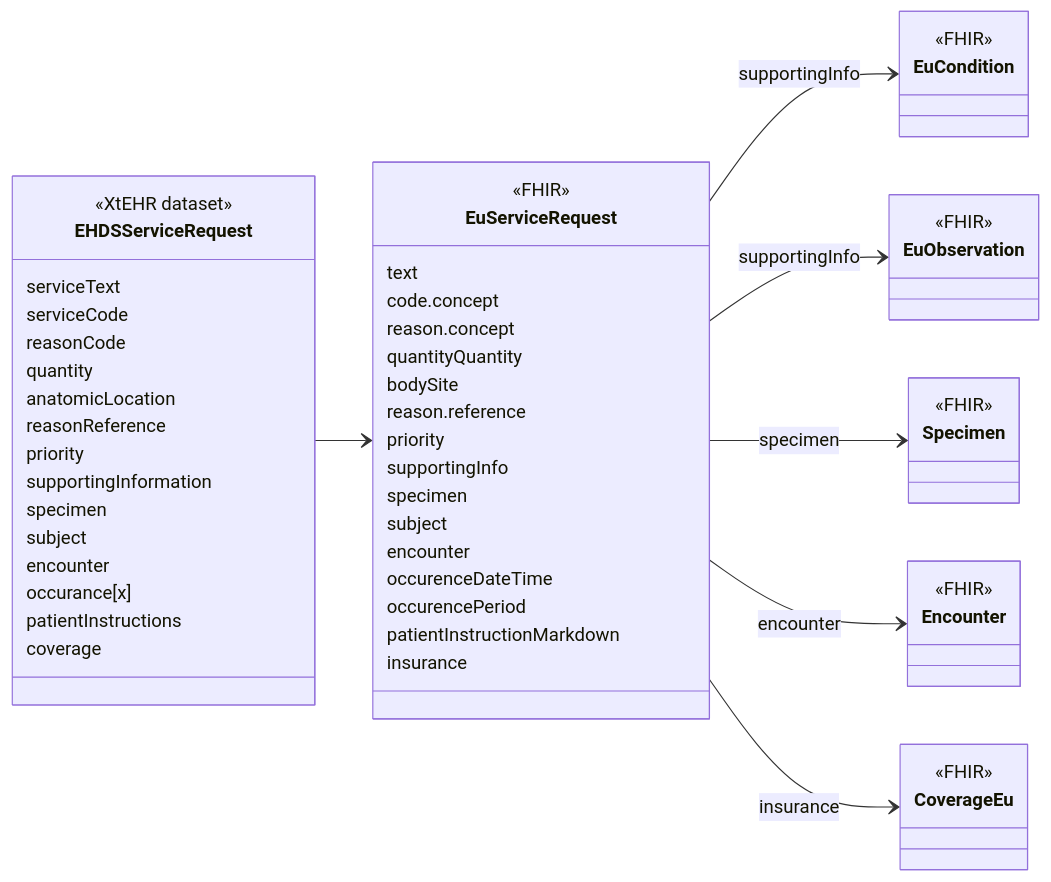
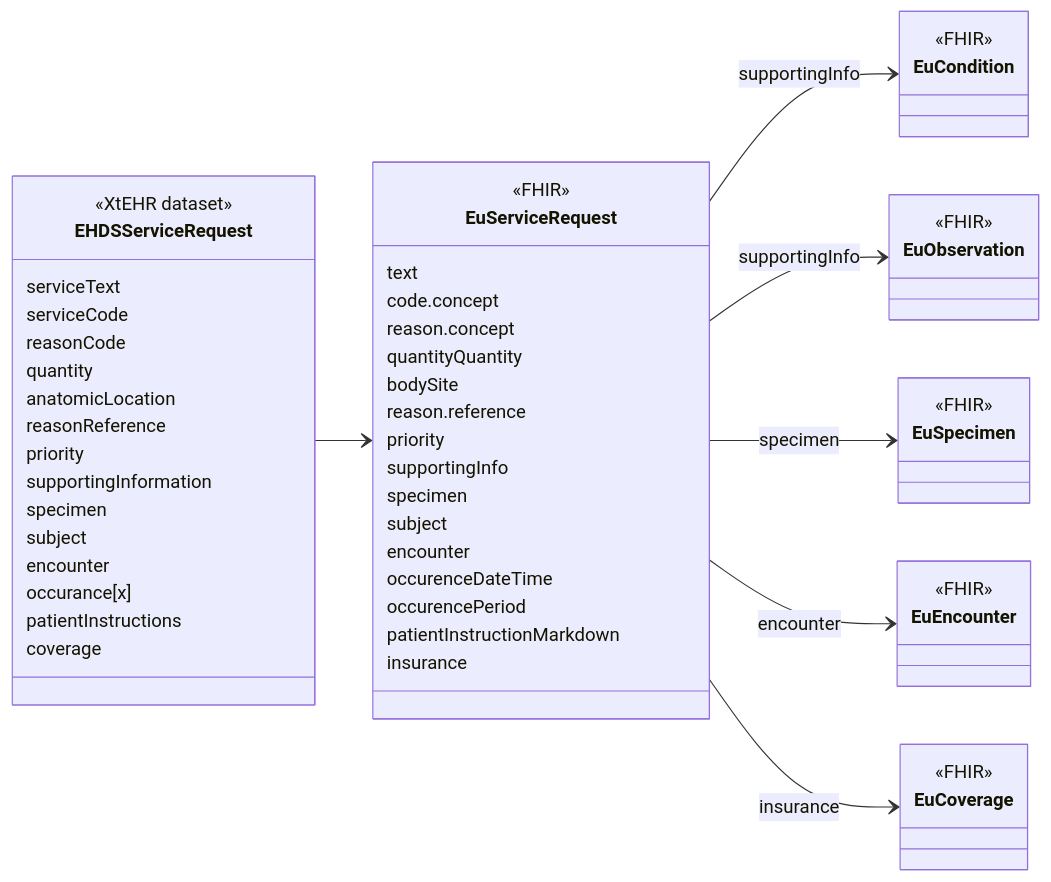
The diagram in input/intro-notes/ConceptMap-EHDSServiceRequestMap-intro.md (oijauregui/ehdsimaging), drawn with Mermaid before and after one commit. The commit also changed 25 other files, not shown here.

````diff
--- a/input/intro-notes/ConceptMap-EHDSServiceRequestMap-intro.md
+++ b/input/intro-notes/ConceptMap-EHDSServiceRequestMap-intro.md
@@ -5,62 +5,62 @@
 ```mermaid
 classDiagram
 direction LR
 class EHDSServiceRequest {
   <<XtEHR dataset>>
   serviceText
   serviceCode
   reasonCode
   quantity
   anatomicLocation
   reasonReference
   priority
   supportingInformation
   specimen
   subject
   encounter
   occurance[x]
   patientInstructions
   coverage
 }
 link EHDSServiceRequest "https://build.fhir.org/ig/Xt-EHR/xt-ehr-common/StructureDefinition-EHDSServiceRequest.html"
 class EuServiceRequest{
   <<FHIR>>
   text
   code.concept
   reason.concept
   quantityQuantity
   bodySite
   reason.reference
   priority
   supportingInfo
   specimen
   subject
   encounter
   occurenceDateTime
   occurencePeriod
   patientInstructionMarkdown
   insurance
 }
 
 class EuCondition {
   <<FHIR>>
 }
 class  EuObservation {
   <<FHIR>>
 }
-class Specimen {
+class EuSpecimen {
   <<FHIR>>
 }
-class Encounter {
+class EuEncounter {
   <<FHIR>>
 }
-class CoverageEu {
+class EuCoverage {
   <<FHIR>>
 }
 EHDSServiceRequest --> EuServiceRequest
 EuServiceRequest --> EuCondition : supportingInfo
 EuServiceRequest -->  EuObservation : supportingInfo
-EuServiceRequest --> Specimen : specimen
-EuServiceRequest --> Encounter : encounter
-EuServiceRequest --> CoverageEu : insurance
+EuServiceRequest --> EuSpecimen : specimen
+EuServiceRequest --> EuEncounter : encounter
+EuServiceRequest --> EuCoverage : insurance
 ```
````
